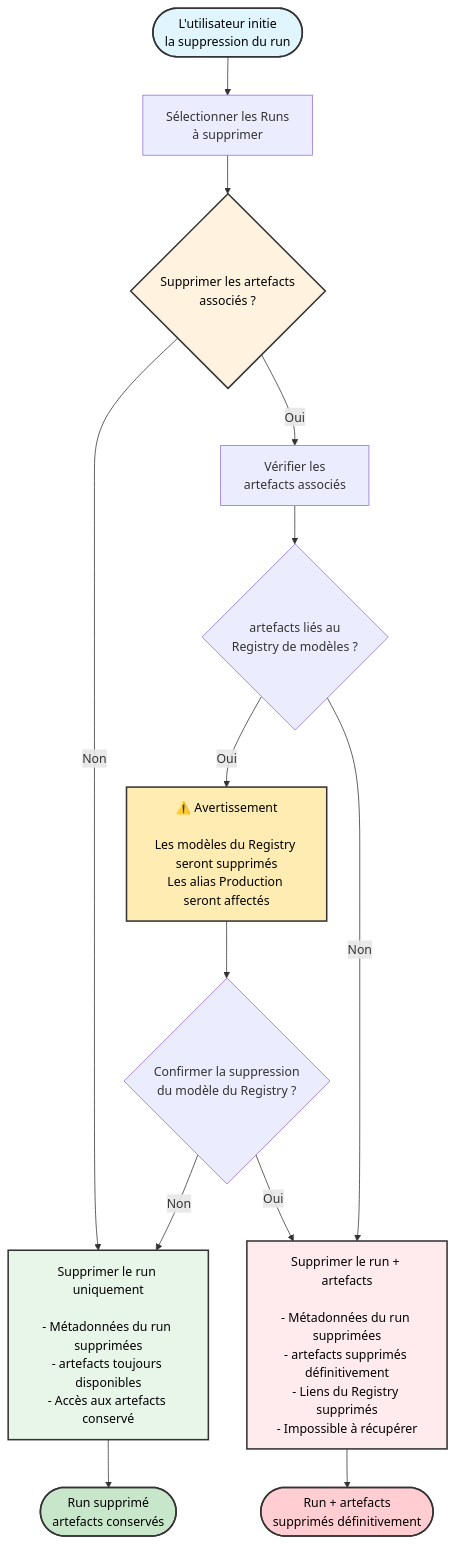
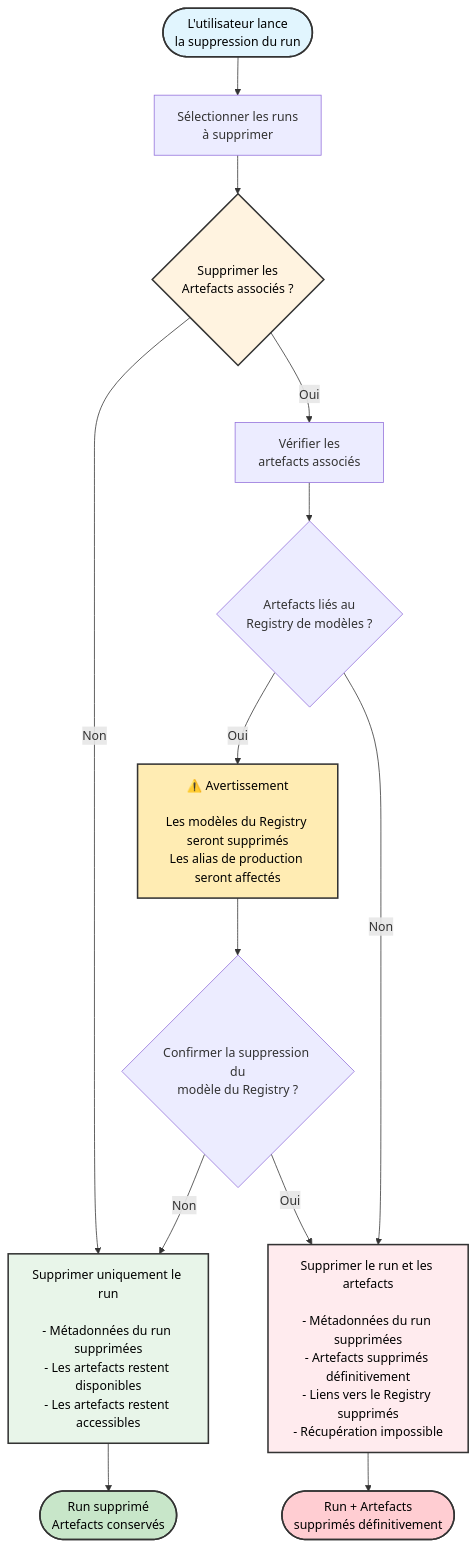
The diagram in fr/models/runs/delete-runs.mdx (wandb/docs), drawn with Mermaid before and after one commit. The commit also changed other lines of this file and 15 other files, not shown here.

````diff
--- a/fr/models/runs/delete-runs.mdx
+++ b/fr/models/runs/delete-runs.mdx
@@ -57,31 +57,22 @@
 ```mermaid
 graph TB
-    Start([L'utilisateur initie<br/>la suppression du run]) --> RunSelect[Sélectionner les Runs<br/>à supprimer]
-    
-    RunSelect --> DeletePrompt{Supprimer les artefacts<br/>associés ?}
-    
-    DeletePrompt -->|Non| DeleteRunOnly[Supprimer le run uniquement<br/><br/>- Métadonnées du run supprimées<br/>- artefacts toujours disponibles<br/>- Accès aux artefacts conservé]
-    
+    Start([L'utilisateur lance<br/>la suppression du run]) --> RunSelect[Sélectionner les runs<br/>à supprimer]
+    RunSelect --> DeletePrompt{Supprimer les<br/>Artefacts associés ?}
+    DeletePrompt -->|Non| DeleteRunOnly[Supprimer uniquement le run<br/><br/>- Métadonnées du run supprimées<br/>- Les artefacts restent disponibles<br/>- Les artefacts restent accessibles]
     DeletePrompt -->|Oui| CheckArtifacts[Vérifier les<br/>artefacts associés]
-    
-    CheckArtifacts --> HasRegistry{artefacts liés au<br/>Registry de modèles ?}
-    
-    HasRegistry -->|Oui| RegistryWarning[⚠️ Avertissement<br/><br/>Les modèles du Registry seront supprimés<br/>Les alias Production seront affectés]
+    CheckArtifacts --> HasRegistry{Artefacts liés au<br/>Registry de modèles ?}
+    HasRegistry -->|Oui| RegistryWarning[⚠️ Avertissement<br/><br/>Les modèles du Registry seront supprimés<br/>Les alias de production seront affectés]
     HasRegistry -->|Non| DirectDelete
-    
-    RegistryWarning --> ConfirmRegistry{Confirmer la suppression<br/>du modèle du Registry ?}
-    
+    RegistryWarning --> ConfirmRegistry{Confirmer la suppression du<br/>modèle du Registry ?}
     ConfirmRegistry -->|Non| DeleteRunOnly
-    ConfirmRegistry -->|Oui| DirectDelete[Supprimer le run + artefacts<br/><br/>- Métadonnées du run supprimées<br/>- artefacts supprimés définitivement<br/>- Liens du Registry supprimés<br/>- Impossible à récupérer]
-    
-    DeleteRunOnly --> PartialEnd([Run supprimé<br/>artefacts conservés])
-    DirectDelete --> FullEnd([Run + artefacts<br/>supprimés définitivement])
-    
+    ConfirmRegistry -->|Oui| DirectDelete[Supprimer le run et les artefacts<br/><br/>- Métadonnées du run supprimées<br/>- Artefacts supprimés définitivement<br/>- Liens vers le Registry supprimés<br/>- Récupération impossible]
+    DeleteRunOnly --> PartialEnd([Run supprimé<br/>Artefacts conservés])
+    DirectDelete --> FullEnd([Run + Artefacts<br/>supprimés définitivement])
     style Start fill:#e1f5fe,stroke:#333,stroke-width:2px,color:#000
     style DeletePrompt fill:#fff3e0,stroke:#333,stroke-width:2px,color:#000
     style RegistryWarning fill:#ffecb3,stroke:#333,stroke-width:2px,color:#000
     style DirectDelete fill:#ffebee,stroke:#333,stroke-width:2px,color:#000
     style DeleteRunOnly fill:#e8f5e9,stroke:#333,stroke-width:2px,color:#000
     style PartialEnd fill:#c8e6c9,stroke:#333,stroke-width:2px,color:#000
     style FullEnd fill:#ffcdd2,stroke:#333,stroke-width:2px,color:#000
 ```
````
